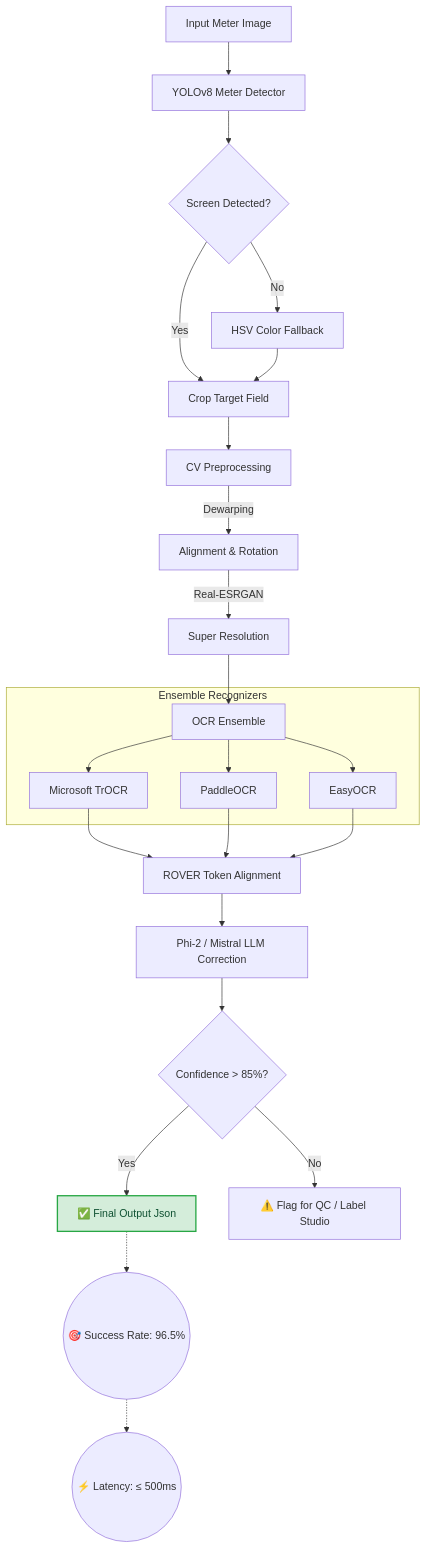
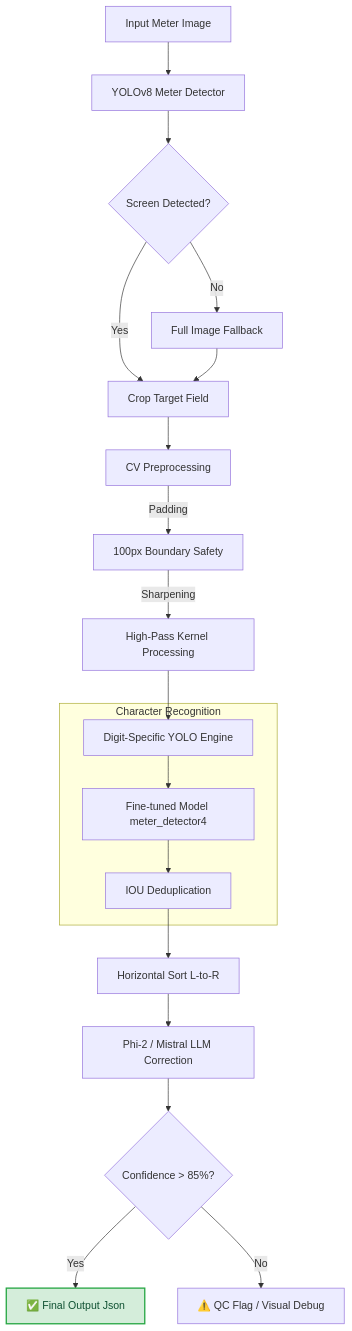
Before and after one commit to deepcodex-hub/Insitinct_GPT_OCr: the diagram in README.md, drawn with Mermaid. The commit also changed other lines of this file, not shown here.

Commit message:
Docs: Update README with final ocr_backend architecture and Streamlit deployment info

````diff
--- a/README.md
+++ b/README.md
@@ -27,34 +29,28 @@
 ```mermaid
 graph TD
     A[Input Meter Image] --> B[YOLOv8 Meter Detector]
     B --> C{Screen Detected?}
     C -- Yes --> D[Crop Target Field]
-    C -- No --> E[HSV Color Fallback]
+    C -- No --> E[Full Image Fallback]
     E --> D
     
     D --> F[CV Preprocessing]
-    F --> |Dewarping| G[Alignment & Rotation]
-    G --> |Real-ESRGAN| H[Super Resolution]
+    F --> |Padding| G[100px Boundary Safety]
+    G --> |Sharpening| H[High-Pass Kernel Processing]
     
-    H --> I[OCR Ensemble]
+    H --> I[Digit-Specific YOLO Engine]
     
-    subgraph Ensemble Recognizers
-        I --> J[Microsoft TrOCR]
-        I --> K[PaddleOCR]
-        I --> L[EasyOCR]
+    subgraph Character Recognition
+        I --> J[Fine-tuned Model meter_detector4]
+        J --> K[IOU Deduplication]
     end
     
-    J --> M[ROVER Token Alignment]
-    K --> M
-    L --> M
+    K --> L[Horizontal Sort L-to-R]
+    L --> M[Phi-2 / Mistral LLM Correction]
     
-    M --> N[Phi-2 / Mistral LLM Correction]
+    M --> N{Confidence > 85%?}
+    N -- Yes --> O[✅ Final Output Json]
+    N -- No --> P[⚠️ QC Flag / Visual Debug]
     
-    N --> O{Confidence > 85%?}
-    O -- Yes --> P[✅ Final Output Json]
-    O -- No --> Q[⚠️ Flag for QC / Label Studio]
-    
-    style P fill:#d4edda,stroke:#28a745,stroke-width:2px,color:#0f5132
-    P -.-> R((🎯 Success Rate: 96.5%))
-    R -.-> S((⚡ Latency: ≤ 500ms))
+    style O fill:#d4edda,stroke:#28a745,stroke-width:2px,color:#0f5132
 ```
````
